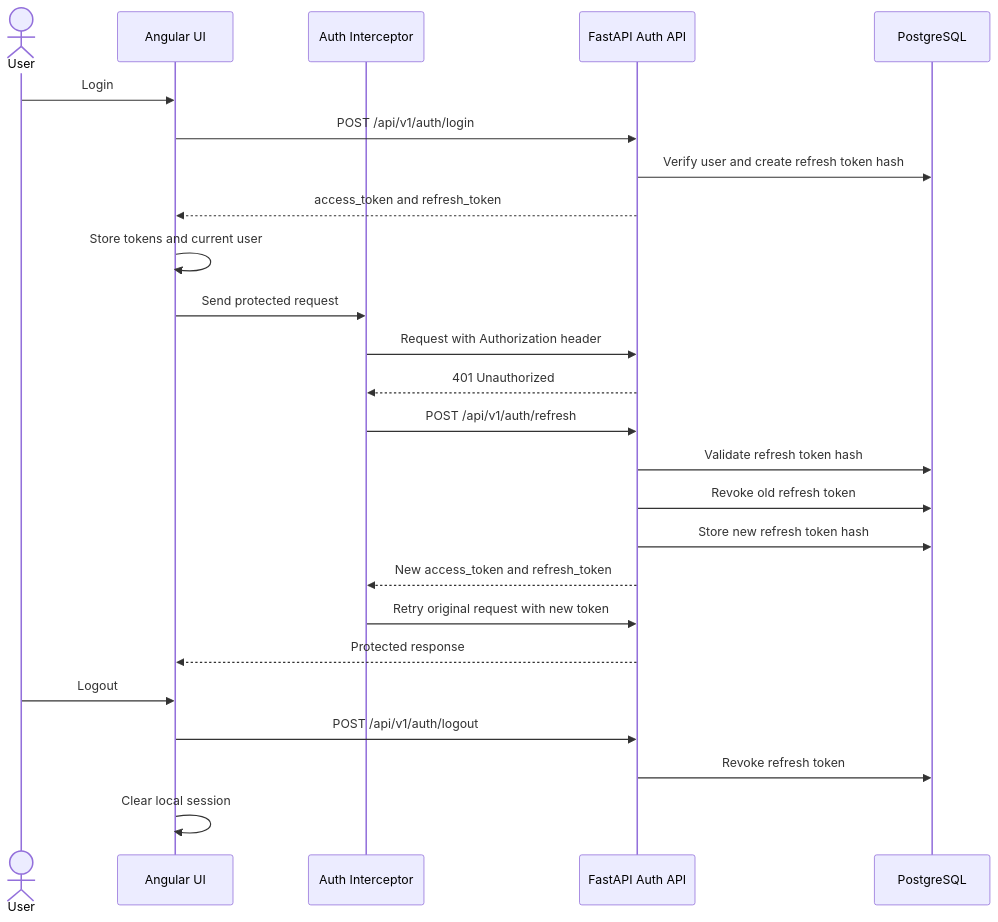
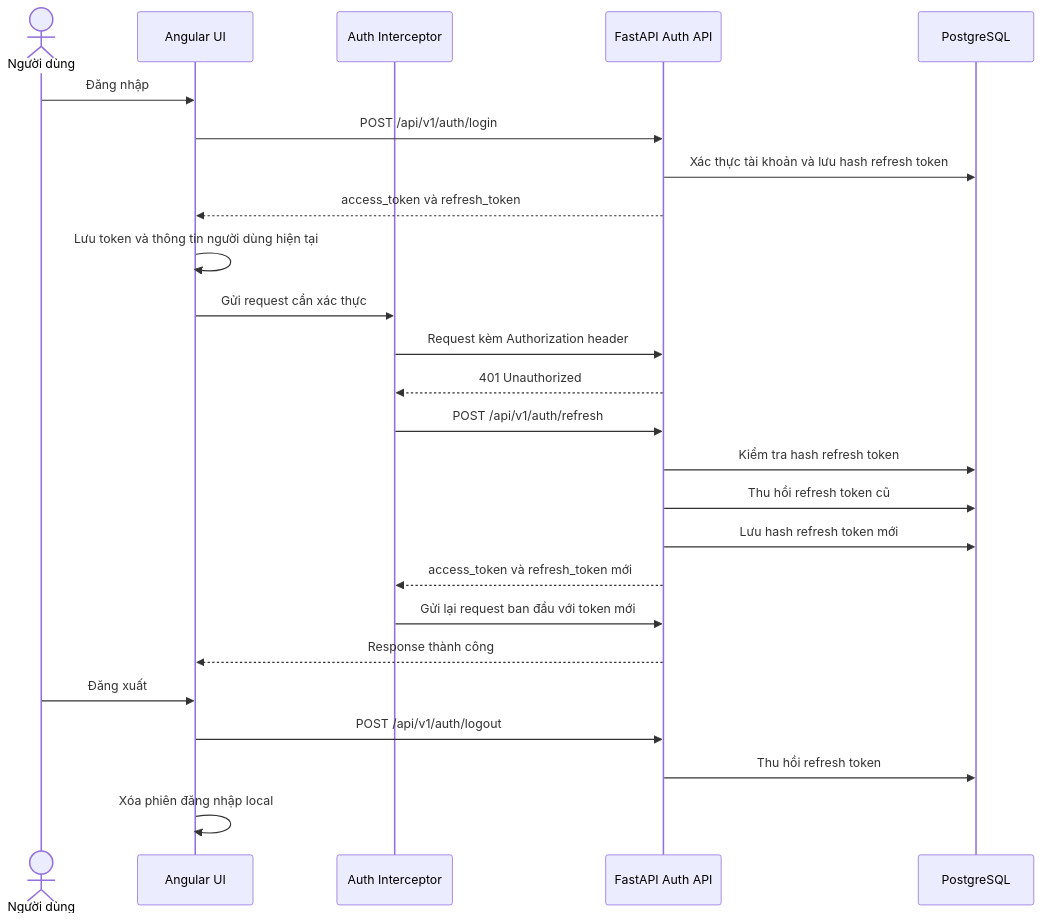
Before and after one commit to VanTruong475/research-thesis-portal: the eighth of 10 diagrams in docs/diagrams_research_thesis_portal.md, drawn with Mermaid. The commit also changed other lines of this file, not shown here.

Commit message:
docs(diagrams): localize current project Mermaid diagrams

````diff
--- a/docs/diagrams_research_thesis_portal.md
+++ b/docs/diagrams_research_thesis_portal.md
@@ -496,32 +496,32 @@
 ```mermaid
 sequenceDiagram
-    actor User
+    actor User as Người dùng
     participant Web as Angular UI
     participant Interceptor as Auth Interceptor
     participant API as FastAPI Auth API
     participant DB as PostgreSQL
 
-    User->>Web: Login
+    User->>Web: Đăng nhập
     Web->>API: POST /api/v1/auth/login
-    API->>DB: Verify user and create refresh token hash
-    API-->>Web: access_token and refresh_token
-    Web->>Web: Store tokens and current user
+    API->>DB: Xác thực tài khoản và lưu hash refresh token
+    API-->>Web: access_token và refresh_token
+    Web->>Web: Lưu token và thông tin người dùng hiện tại
 
-    Web->>Interceptor: Send protected request
-    Interceptor->>API: Request with Authorization header
+    Web->>Interceptor: Gửi request cần xác thực
+    Interceptor->>API: Request kèm Authorization header
     API-->>Interceptor: 401 Unauthorized
 
     Interceptor->>API: POST /api/v1/auth/refresh
-    API->>DB: Validate refresh token hash
-    API->>DB: Revoke old refresh token
-    API->>DB: Store new refresh token hash
-    API-->>Interceptor: New access_token and refresh_token
+    API->>DB: Kiểm tra hash refresh token
+    API->>DB: Thu hồi refresh token cũ
+    API->>DB: Lưu hash refresh token mới
+    API-->>Interceptor: access_token và refresh_token mới
 
-    Interceptor->>API: Retry original request with new token
-    API-->>Web: Protected response
+    Interceptor->>API: Gửi lại request ban đầu với token mới
+    API-->>Web: Response thành công
 
-    User->>Web: Logout
+    User->>Web: Đăng xuất
     Web->>API: POST /api/v1/auth/logout
-    API->>DB: Revoke refresh token
-    Web->>Web: Clear local session
+    API->>DB: Thu hồi refresh token
+    Web->>Web: Xóa phiên đăng nhập local
 ```
````
